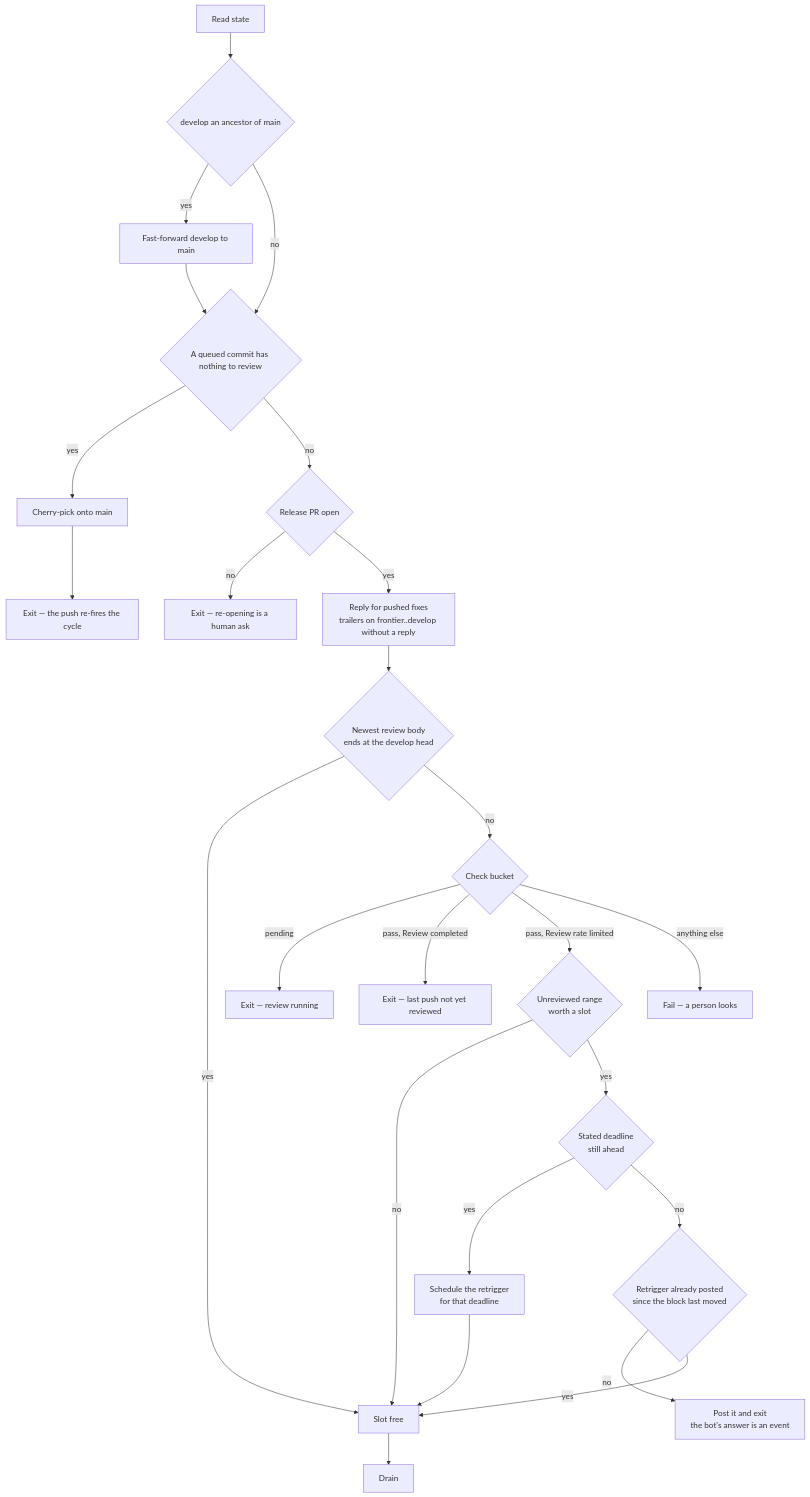
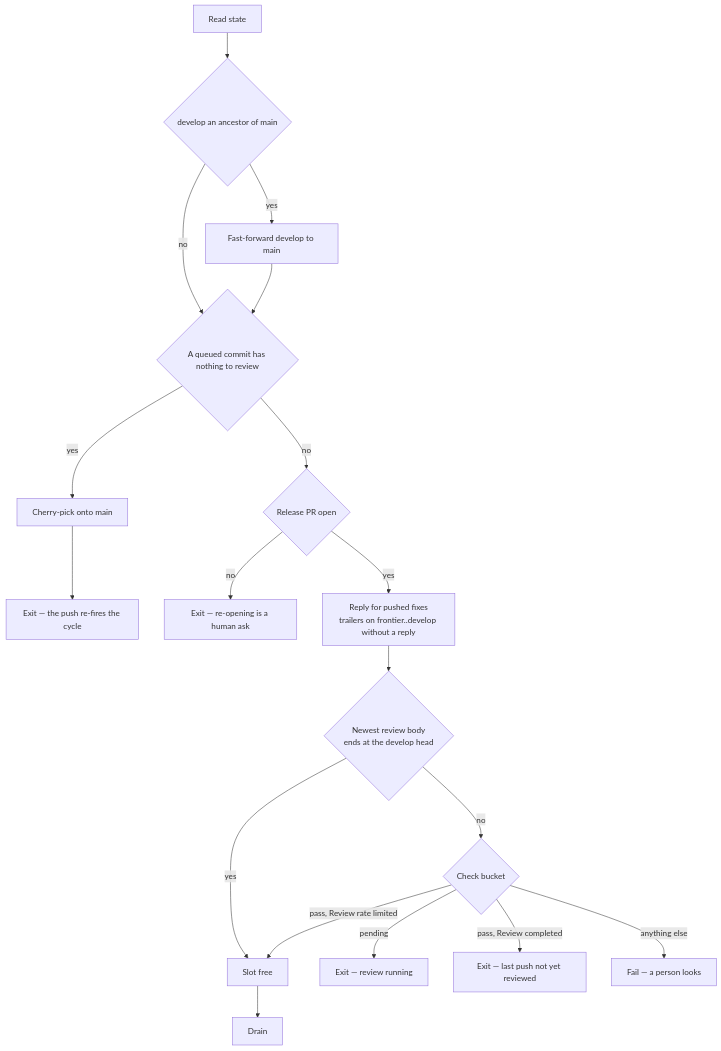
The first of 2 diagrams in apps/web/content/docs/infra/review-collector/collection-cycle.md (Esposter/Esposter), drawn with Mermaid before and after one commit. The commit also changed other lines of this file and 4 other files, not shown here.

````diff
--- a/apps/web/content/docs/infra/review-collector/collection-cycle.md
+++ b/apps/web/content/docs/infra/review-collector/collection-cycle.md
@@ -39,26 +39,19 @@
 ```mermaid
 flowchart TD
   S[Read state] --> RS{develop an ancestor of main}
   RS -->|yes| FF[Fast-forward develop to main]
   RS -->|no| EL
   FF --> EL{A queued commit has nothing to review}
   EL -->|yes| CP[Cherry-pick onto main] --> X3[Exit — the push re-fires the cycle]
   EL -->|no| PR{Release PR open}
   PR -->|no| X0[Exit — re-opening is a human ask]
   PR -->|yes| RP[Reply for pushed fixes<br/>trailers on frontier..develop without a reply]
   RP --> B{Newest review body<br/>ends at the develop head}
   B -->|yes| OK[Slot free]
   B -->|no| ST{Check bucket}
   ST -->|pending| X1[Exit — review running]
   ST -->|pass, Review completed| X2[Exit — last push not yet reviewed]
-  ST -->|pass, Review rate limited| WS{Unreviewed range<br/>worth a slot}
-  WS -->|no| OK
-  WS -->|yes| DL{Stated deadline<br/>still ahead}
-  DL -->|yes| SR[Schedule the retrigger<br/>for that deadline]
-  SR --> OK
-  DL -->|no| AK{Retrigger already posted<br/>since the block last moved}
-  AK -->|no| PB[Post it and exit<br/>the bot's answer is an event]
-  AK -->|yes| OK
+  ST -->|pass, Review rate limited| OK
   ST -->|anything else| X4[Fail — a person looks]
   OK --> D[Drain]
 ```
````
